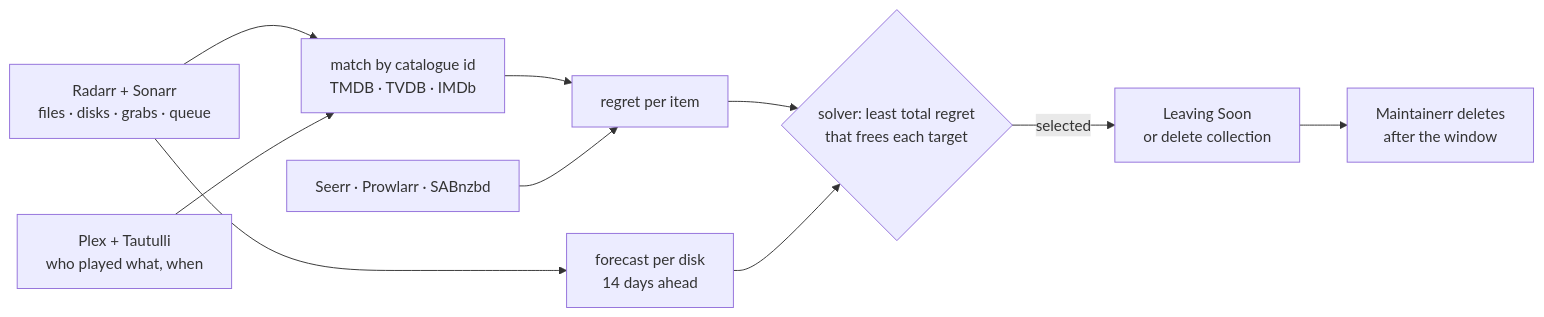
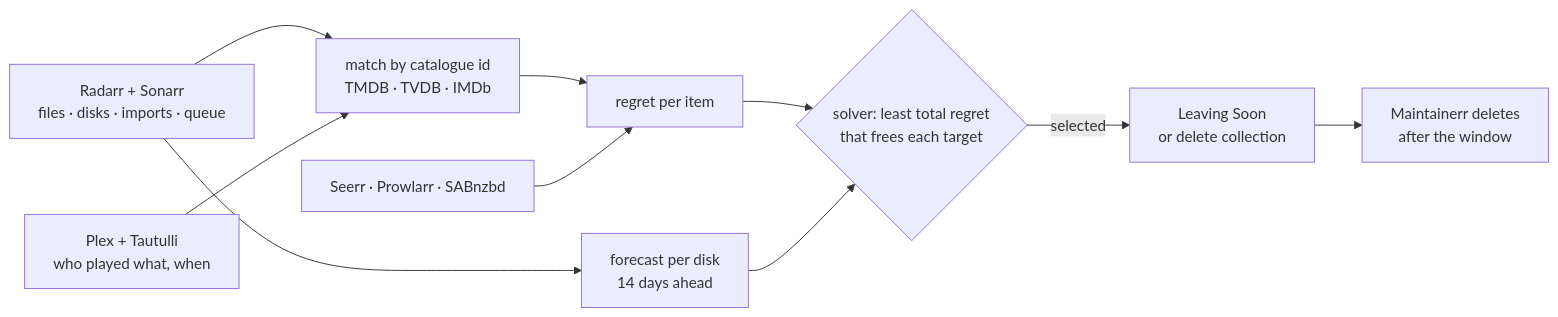
One commit to tobhoster/flinch changed the diagram in README.md. Above: the diagram before and after it, drawn with Mermaid. The commit also changed 9 other files, not shown here.

First line of the commit message:
Forecast arrivals from imports, not grabs

````diff
--- a/README.md
+++ b/README.md
@@ -63,12 +63,12 @@
 ```mermaid
 flowchart LR
-    ARR["Radarr + Sonarr<br/>files · disks · grabs · queue"] --> ID["match by catalogue id<br/>TMDB · TVDB · IMDb"]
+    ARR["Radarr + Sonarr<br/>files · disks · imports · queue"] --> ID["match by catalogue id<br/>TMDB · TVDB · IMDb"]
     PX["Plex + Tautulli<br/>who played what, when"] --> ID
     ID --> R["regret per item"]
     EXT["Seerr · Prowlarr · SABnzbd"] --> R
     ARR --> FC["forecast per disk<br/>14 days ahead"]
     R --> S{"solver: least total regret<br/>that frees each target"}
     FC --> S
     S -- "selected" --> LS["Leaving Soon<br/>or delete collection"]
     LS --> M["Maintainerr deletes<br/>after the window"]
 ```
````
